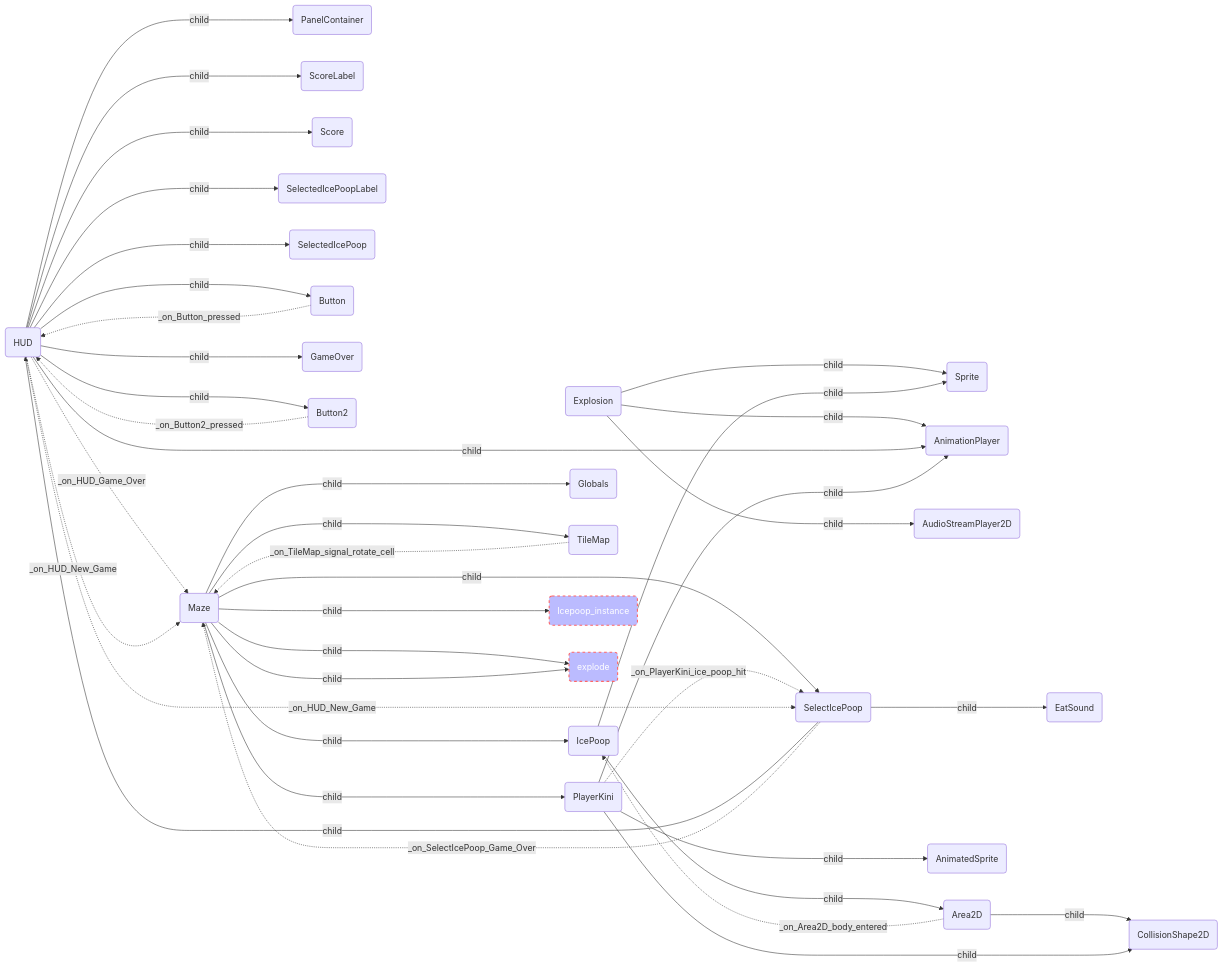
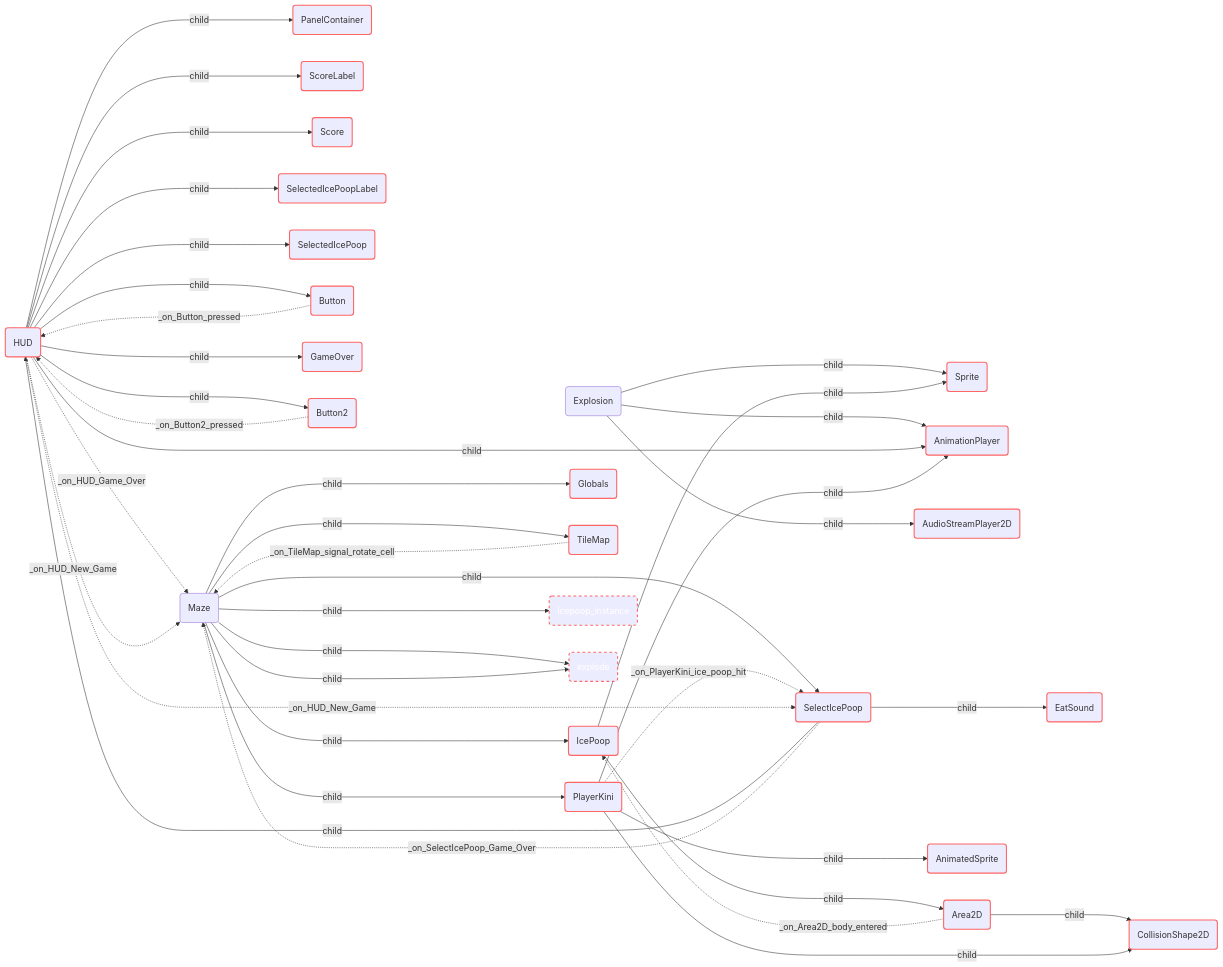
The diagram in ModelDocumentation.md (arsany007/BollyTheMalt), drawn with Mermaid before and after one commit. The commit also changed 1 other file, not shown here.

Commit message:
Formating chidren node to distinguish from the MAIN NODE

````diff
--- a/ModelDocumentation.md
+++ b/ModelDocumentation.md
@@ -3,78 +3,78 @@
 ```mermaid 
  flowchart LR 
  
 Explosion(Explosion)---> |child| Sprite(Sprite)
-
+style Sprite stroke:#f66,stroke-width:2px
 Explosion(Explosion)---> |child| AnimationPlayer(AnimationPlayer)
-
+style AnimationPlayer stroke:#f66,stroke-width:2px
 Explosion(Explosion)---> |child| AudioStreamPlayer2D(AudioStreamPlayer2D)
-
+style AudioStreamPlayer2D stroke:#f66,stroke-width:2px
 HUD(HUD)---> |child| PanelContainer(PanelContainer)
-
+style PanelContainer stroke:#f66,stroke-width:2px
 HUD(HUD)---> |child| ScoreLabel(ScoreLabel)
-
+style ScoreLabel stroke:#f66,stroke-width:2px
 HUD(HUD)---> |child| Score(Score)
-
+style Score stroke:#f66,stroke-width:2px
 HUD(HUD)---> |child| SelectedIcePoopLabel(SelectedIcePoopLabel)
-
+style SelectedIcePoopLabel stroke:#f66,stroke-width:2px
 HUD(HUD)---> |child| SelectedIcePoop(SelectedIcePoop)
-
+style SelectedIcePoop stroke:#f66,stroke-width:2px
 HUD(HUD)---> |child| Button(Button)
-
+style Button stroke:#f66,stroke-width:2px
 HUD(HUD)---> |child| GameOver(GameOver)
-
+style GameOver stroke:#f66,stroke-width:2px
 HUD(HUD)---> |child| AnimationPlayer(AnimationPlayer)
-
+style AnimationPlayer stroke:#f66,stroke-width:2px
 HUD(HUD)---> |child| Button2(Button2)
-
+style Button2 stroke:#f66,stroke-width:2px
 IcePoop(IcePoop)---> |child| Sprite(Sprite)
-
+style Sprite stroke:#f66,stroke-width:2px
 IcePoop(IcePoop)---> |child| Area2D(Area2D)
-
+style Area2D stroke:#f66,stroke-width:2px
 Area2D(Area2D)---> |child| CollisionShape2D(CollisionShape2D)
-
+style CollisionShape2D stroke:#f66,stroke-width:2px
 Maze(Maze)---> |child| Globals(Globals)
-
+style Globals stroke:#f66,stroke-width:2px
 Maze(Maze)---> |child| TileMap(TileMap)
-
+style TileMap stroke:#f66,stroke-width:2px
 Maze(Maze)---> |child| PlayerKini(PlayerKini)
-
+style PlayerKini stroke:#f66,stroke-width:2px
 Maze(Maze)---> |child| IcePoop(IcePoop)
-
+style IcePoop stroke:#f66,stroke-width:2px
 Maze(Maze)---> |child| SelectIcePoop(SelectIcePoop)
-
+style SelectIcePoop stroke:#f66,stroke-width:2px
 SelectIcePoop(SelectIcePoop)---> |child| HUD(HUD)
-
+style HUD stroke:#f66,stroke-width:2px
 SelectIcePoop(SelectIcePoop)---> |child| EatSound(EatSound)
-
+style EatSound stroke:#f66,stroke-width:2px
 PlayerKini(PlayerKini)---> |child| AnimatedSprite(AnimatedSprite)
-
+style AnimatedSprite stroke:#f66,stroke-width:2px
 PlayerKini(PlayerKini)---> |child| CollisionShape2D(CollisionShape2D)
-
+style CollisionShape2D stroke:#f66,stroke-width:2px
 PlayerKini(PlayerKini)---> |child| AnimationPlayer(AnimationPlayer)
-
+style AnimationPlayer stroke:#f66,stroke-width:2px
 Maze(Maze)---> |child| Icepoop_instance(Icepoop_instance)
-style Icepoop_instance fill:#bbf,stroke:#f66,stroke-width:2px,color:#fff,stroke-dasharray: 5 5
+style Icepoop_instance stroke:#f66,stroke-width:2px,color:#fff,stroke-dasharray: 5 5
 Maze(Maze)---> |child| explode(explode)
-style explode fill:#bbf,stroke:#f66,stroke-width:2px,color:#fff,stroke-dasharray: 5 5
+style explode stroke:#f66,stroke-width:2px,color:#fff,stroke-dasharray: 5 5
 Maze(Maze)---> |child| explode(explode)
-style explode fill:#bbf,stroke:#f66,stroke-width:2px,color:#fff,stroke-dasharray: 5 5
+style explode stroke:#f66,stroke-width:2px,color:#fff,stroke-dasharray: 5 5
 Button(Button)-.-> |_on_Button_pressed| HUD(HUD)
 
 Button2(Button2)-.-> |_on_Button2_pressed| HUD(HUD)
 
 Area2D(Area2D)-.-> |_on_Area2D_body_entered| IcePoop(IcePoop)
 
 TileMap(TileMap)-.-> |_on_TileMap_signal_rotate_cell| Maze(Maze)
 
 PlayerKini(PlayerKini)-.-> |_on_PlayerKini_ice_poop_hit| SelectIcePoop(SelectIcePoop)
 
 SelectIcePoop(SelectIcePoop)-.-> |_on_SelectIcePoop_Game_Over| Maze(Maze)
 
 HUD(HUD)-.-> |_on_HUD_Game_Over| Maze(Maze)
 
 HUD(HUD)-.-> |_on_HUD_New_Game| Maze(Maze)
 
 HUD(HUD)-.-> |_on_HUD_New_Game| SelectIcePoop(SelectIcePoop)
 
 ```
````
